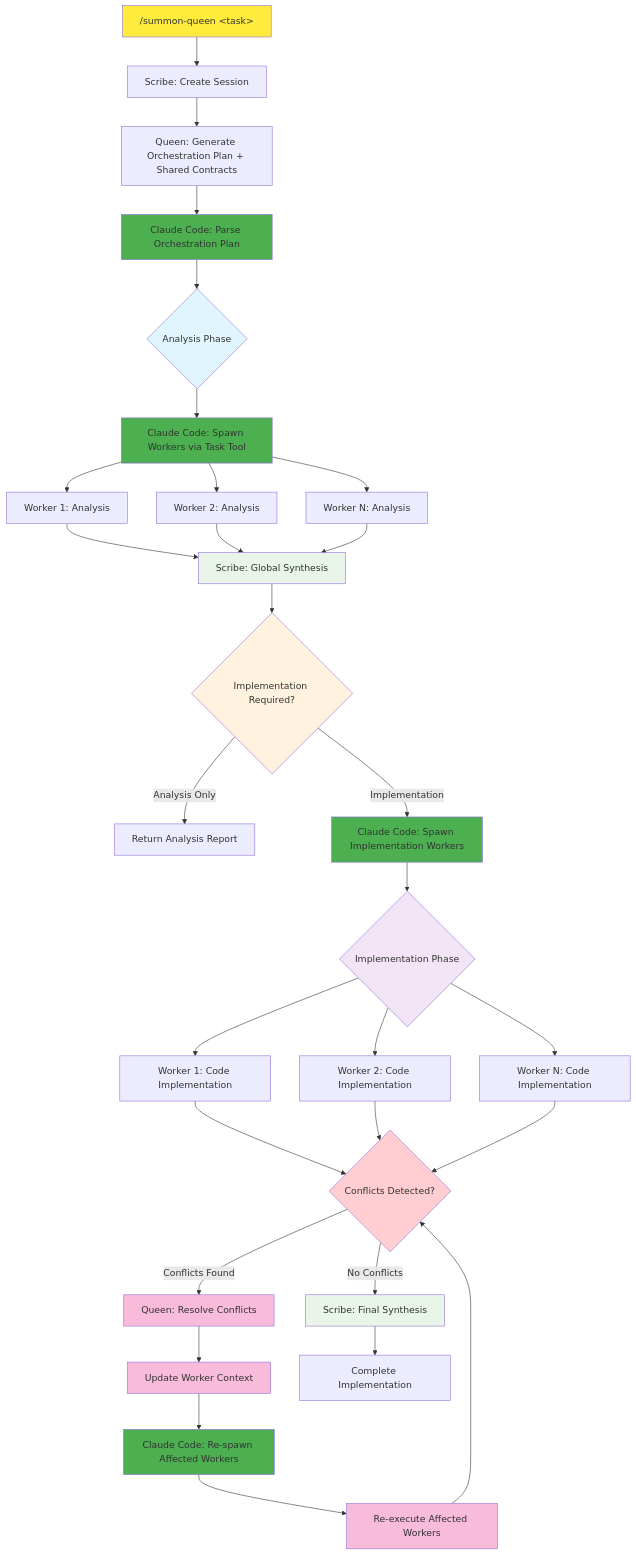
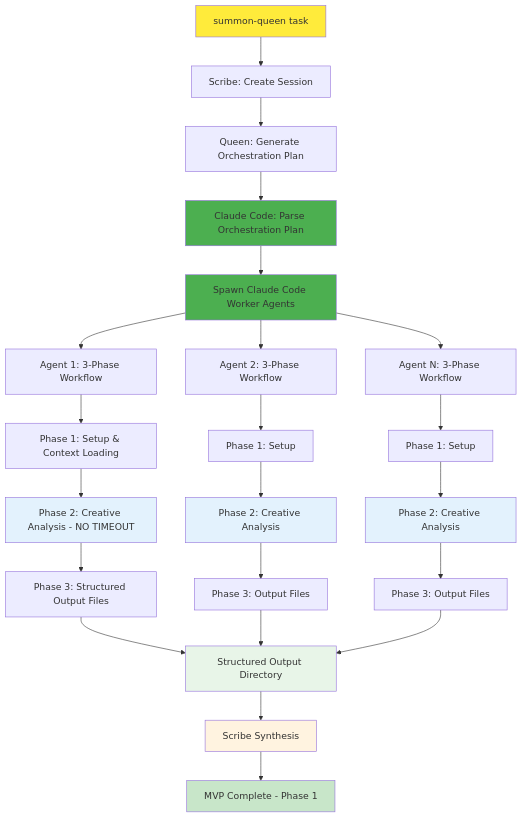
The first of 2 diagrams in agents/docs/hive-mind-execution-pipeline-prd.md (0x4rm4nd/claude-hive-mind), drawn with Mermaid before and after one commit. The commit also changed other lines of this file, not shown here.

````diff
--- a/agents/docs/hive-mind-execution-pipeline-prd.md
+++ b/agents/docs/hive-mind-execution-pipeline-prd.md
@@ -23,46 +37,40 @@
 ```mermaid
 graph TD
-    A["/summon-queen &lt;task&gt;"] --> B[Scribe: Create Session]
-    B --> C[Queen: Generate Orchestration Plan + Shared Contracts]
-    C --> CC[Claude Code: Parse Orchestration Plan]
-    CC --> D{Analysis Phase}
-    D --> DD[Claude Code: Spawn Workers via Task Tool]
-    DD --> E[Worker 1: Analysis]
-    DD --> F[Worker 2: Analysis] 
-    DD --> G[Worker N: Analysis]
-    E --> H[Scribe: Global Synthesis]
-    F --> H
-    G --> H
-    H --> I{Implementation Required?}
-    I -->|Analysis Only| J[Return Analysis Report]
-    I -->|Implementation| II[Claude Code: Spawn Implementation Workers]
-    II --> K{Implementation Phase}
-    K --> L[Worker 1: Code Implementation]
-    K --> M[Worker 2: Code Implementation]
-    K --> N[Worker N: Code Implementation]
-    L --> Q{Conflicts Detected?}
-    M --> Q
-    N --> Q
-    Q -->|No Conflicts| O[Scribe: Final Synthesis]
-    Q -->|Conflicts Found| R[Queen: Resolve Conflicts]
-    R --> S[Update Worker Context]
-    S --> SS[Claude Code: Re-spawn Affected Workers]
-    SS --> T[Re-execute Affected Workers]
-    T --> Q
-    O --> P[Complete Implementation]
+    A["summon-queen task"] --> B[Scribe: Create Session]
+    B --> C[Queen: Generate Orchestration Plan]
+    C --> D[Claude Code: Parse Orchestration Plan] 
+    D --> E[Spawn Claude Code Worker Agents]
+    
+    E --> F[Agent 1: 3-Phase Workflow]
+    E --> G[Agent 2: 3-Phase Workflow] 
+    E --> H[Agent N: 3-Phase Workflow]
+    
+    F --> F1[Phase 1: Setup & Context Loading]
+    F1 --> F2[Phase 2: Creative Analysis - NO TIMEOUT]
+    F2 --> F3[Phase 3: Structured Output Files]
+    
+    G --> G1[Phase 1: Setup]
+    G1 --> G2[Phase 2: Creative Analysis]
+    G2 --> G3[Phase 3: Output Files]
+    
+    H --> H1[Phase 1: Setup]
+    H1 --> H2[Phase 2: Creative Analysis]
+    H2 --> H3[Phase 3: Output Files]
+    
+    F3 --> I[Structured Output Directory]
+    G3 --> I
+    H3 --> I
+    
+    I --> K[Scribe Synthesis]
+    K --> J[MVP Complete - Phase 1]
     
     style A fill:#ffeb3b
-    style CC fill:#4caf50
-    style DD fill:#4caf50
-    style II fill:#4caf50
-    style SS fill:#4caf50
-    style D fill:#e1f5fe
-    style K fill:#f3e5f5
-    style I fill:#fff3e0
-    style H fill:#e8f5e8
-    style O fill:#e8f5e8
-    style Q fill:#ffcdd2
-    style R fill:#f8bbd9
-    style S fill:#f8bbd9
-    style T fill:#f8bbd9
+    style D fill:#4caf50
+    style E fill:#4caf50
+    style F2 fill:#e3f2fd
+    style G2 fill:#e3f2fd
+    style H2 fill:#e3f2fd
+    style I fill:#e8f5e8
+    style K fill:#fff3e0
+    style J fill:#c8e6c9
 ```
````
